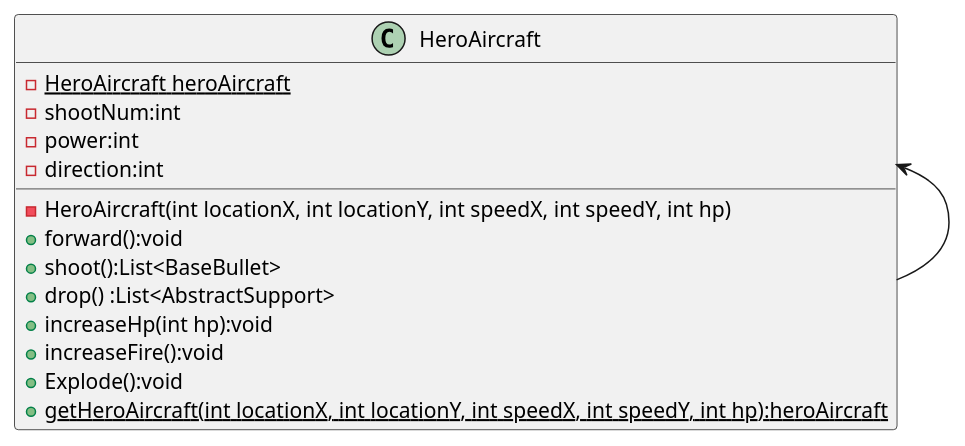
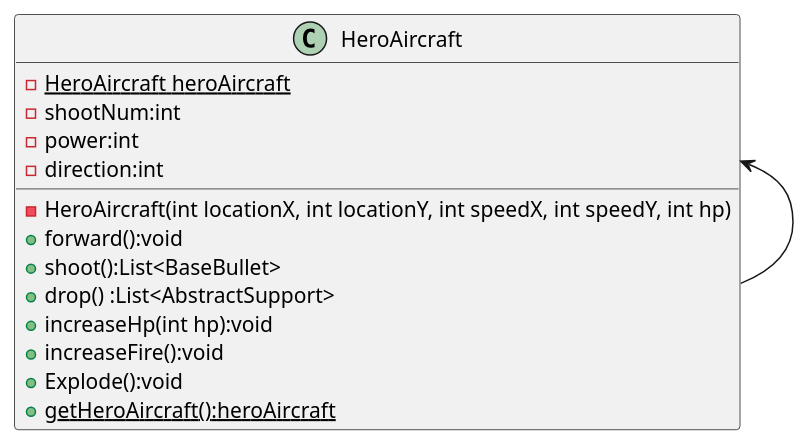
The diagram in uml/SimpleExample.puml (hazuki-nana/COMP2027), drawn with PlantUML before and after one commit. The commit also changed 14 other files, not shown here.

```diff
--- a/uml/SimpleExample.puml
+++ b/uml/SimpleExample.puml
@@ -1,18 +1,18 @@
 @startuml
 class HeroAircraft {
     - {static}HeroAircraft heroAircraft
     - shootNum:int
     - power:int
     - direction:int
     - HeroAircraft(int locationX, int locationY, int speedX, int speedY, int hp)
     + forward():void
     + shoot():List<BaseBullet>
     + drop() :List<AbstractSupport>
     + increaseHp(int hp):void
     + increaseFire():void
     + Explode():void
-    + {static}getHeroAircraft(int locationX, int locationY, int speedX, int speedY, int hp):heroAircraft
+    + {static}getHeroAircraft():heroAircraft
 }
 HeroAircraft <-- HeroAircraft
 
 @enduml
```
